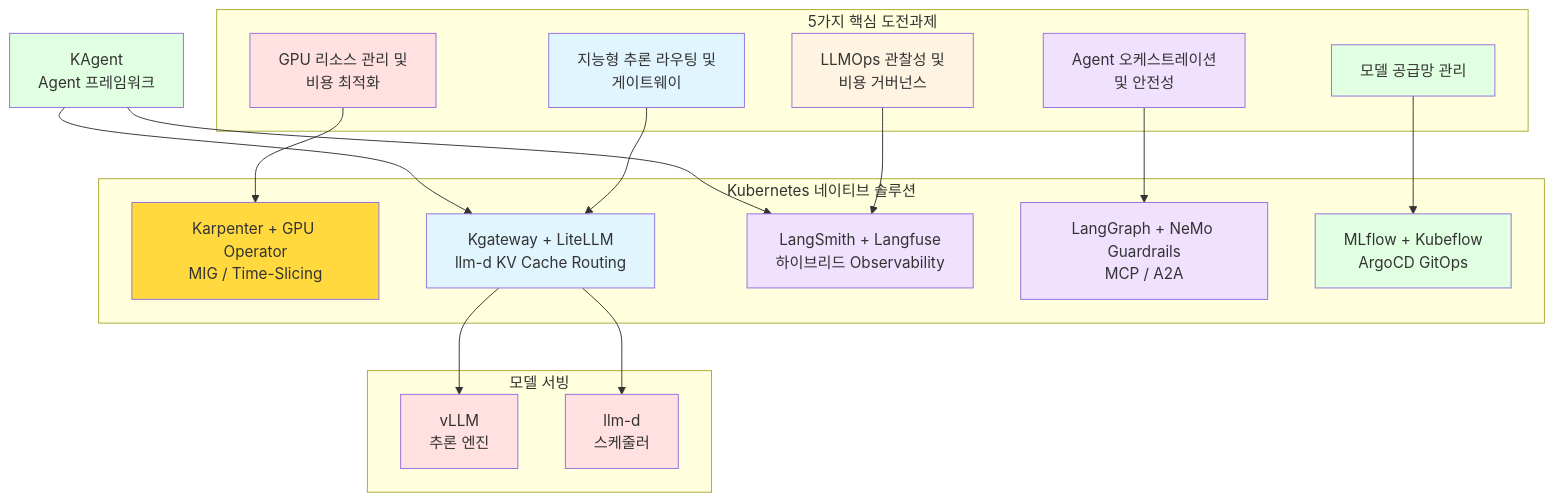
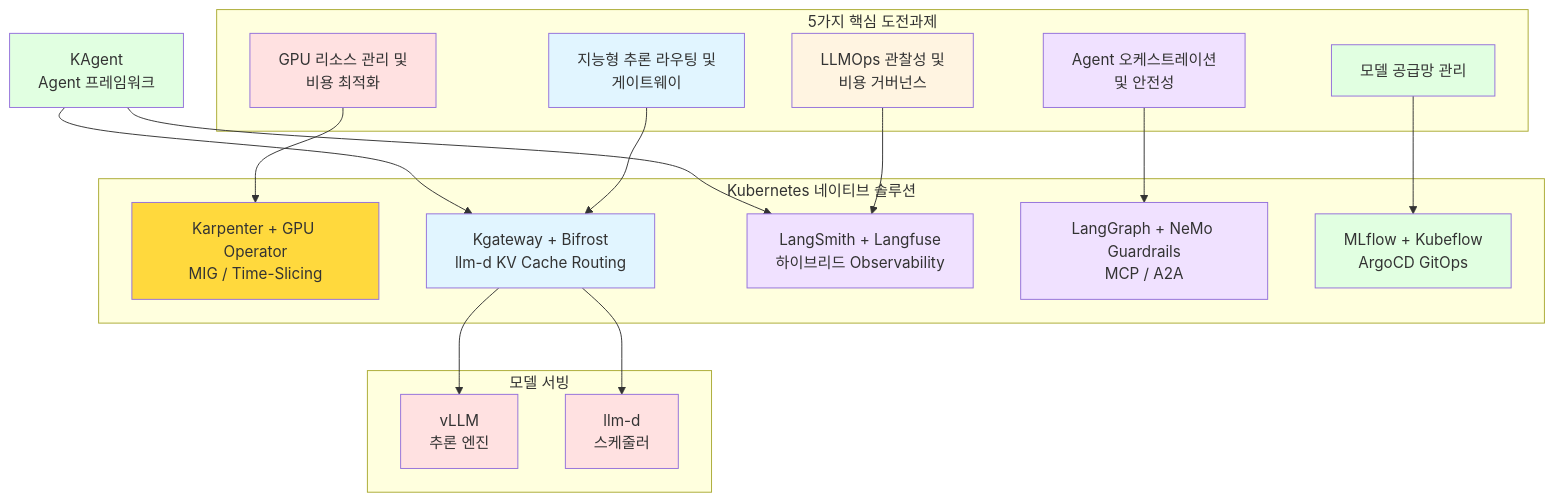
Before and after one commit to devfloor9/engineering-playbook: the fourth of 17 diagrams in docs/agentic-ai-platform/design-architecture/agentic-ai-challenges.md, drawn with Mermaid. The commit also changed other lines of this file and 13 other files, not shown here.

First line of the commit message:
docs: LLM Router 기본 전환 — Bifrost (primary) + LiteLLM (alternative)

````diff
--- a/docs/agentic-ai-platform/design-architecture/agentic-ai-challenges.md
+++ b/docs/agentic-ai-platform/design-architecture/agentic-ai-challenges.md
@@ -161,50 +161,50 @@
 ```mermaid
 flowchart TD
     subgraph Challenges["5가지 핵심 도전과제"]
         C1["GPU 리소스 관리 및<br/>비용 최적화"]
         C2["지능형 추론 라우팅 및<br/>게이트웨이"]
         C3["LLMOps 관찰성 및<br/>비용 거버넌스"]
         C4["Agent 오케스트레이션<br/>및 안전성"]
         C5["모델 공급망 관리"]
     end
 
     subgraph K8sSolutions["Kubernetes 네이티브 솔루션"]
         S1["Karpenter + GPU Operator<br/>MIG / Time-Slicing"]
-        S2["Kgateway + LiteLLM<br/>llm-d KV Cache Routing"]
+        S2["Kgateway + Bifrost<br/>llm-d KV Cache Routing"]
         S3["LangSmith + Langfuse<br/>하이브리드 Observability"]
         S4["LangGraph + NeMo Guardrails<br/>MCP / A2A"]
         S5["MLflow + Kubeflow<br/>ArgoCD GitOps"]
     end
 
     subgraph ModelServing["모델 서빙"]
         VLLM["vLLM<br/>추론 엔진"]
         LLMD["llm-d<br/>스케줄러"]
     end
 
     KAGENT["KAgent<br/>Agent 프레임워크"]
 
     C1 --> S1
     C2 --> S2
     C3 --> S3
     C4 --> S4
     C5 --> S5
 
     S2 --> VLLM
     S2 --> LLMD
     KAGENT --> S2
     KAGENT --> S3
 
     style C1 fill:#ffe1e1
     style C2 fill:#e1f5ff
     style C3 fill:#fff4e1
     style C4 fill:#f0e1ff
     style C5 fill:#e1ffe1
     style S1 fill:#ffd93d
     style S2 fill:#e1f5ff
     style S3 fill:#f0e1ff
     style S4 fill:#f0e1ff
     style S5 fill:#e1ffe1
     style VLLM fill:#ffe1e1
     style LLMD fill:#ffe1e1
     style KAGENT fill:#e1ffe1
 ```
````
